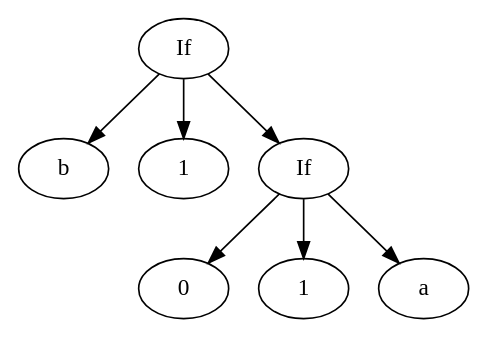
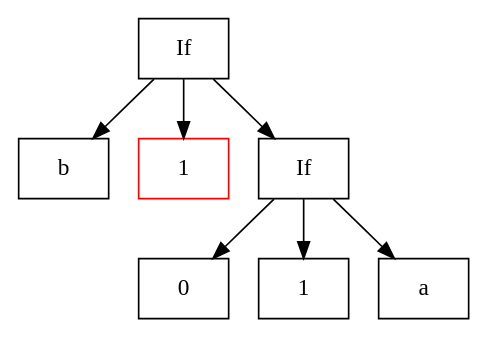
The diagram in boolreduce/graphs/eval5.gv (chathamabate/youtube-misc), drawn with Graphviz before and after one commit. The commit also changed 17 other files, not shown here.

```diff
--- a/boolreduce/graphs/eval5.gv
+++ b/boolreduce/graphs/eval5.gv
@@ -1,17 +1,19 @@
 
 // Eval 5
 digraph G {
+    node [shape = "box"]
+
     n0 [label="If"];
     n0 -> n1;
     n1 [label="b"];
     n0 -> n2;
-    n2 [label="1"];
+    n2 [label="1" color="red"];
     n0 -> n3;
     n3 [label="If"];
     n3 -> n4;
     n4 [label="0"];
     n3 -> n5;
     n5 [label="1"];
     n3 -> n6;
     n6 [label="a"];
 }
```
